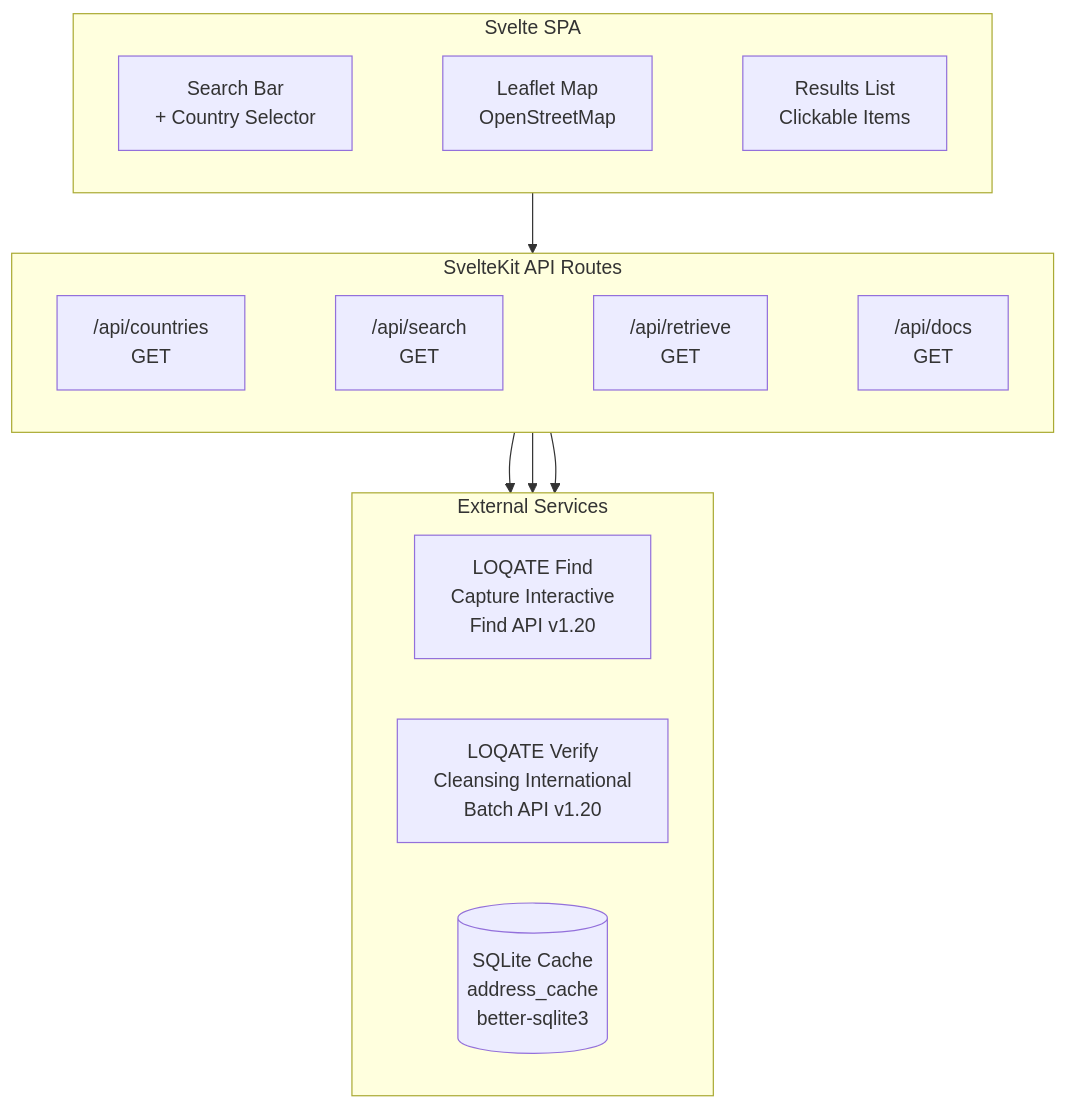
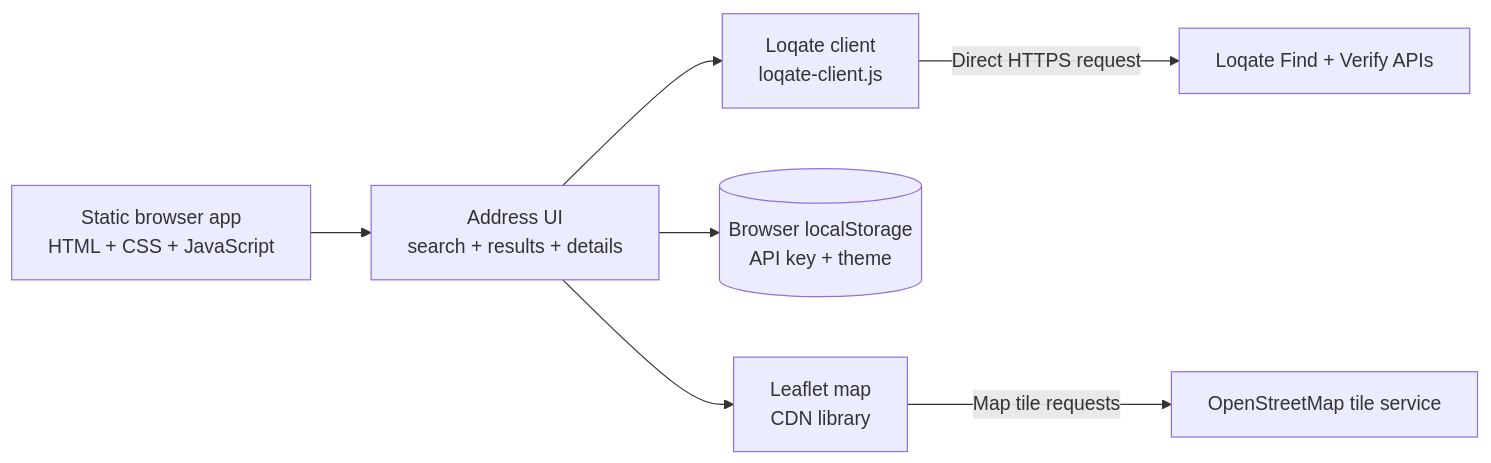
One commit to newportg/poc-address changed the first of 2 diagrams in docs/design.md. Above: the diagram before and after it, drawn with Mermaid. The commit also changed other lines of this file and 10 other files, not shown here.

First line of the commit message:
feat: Enhance address management documentation and client integration

````diff
--- a/docs/design.md
+++ b/docs/design.md
@@ -8,32 +10,17 @@
 ```mermaid
-flowchart TB
-    subgraph Client["Svelte SPA"]
-        direction LR
-        SB["Search Bar<br/>+ Country Selector"]
-        MAP["Leaflet Map<br/>OpenStreetMap"]
-        RL["Results List<br/>Clickable Items"]
-        SB ~~~ MAP ~~~ RL
-    end
+flowchart LR
+    Browser["Static browser app<br/>HTML + CSS + JavaScript"]
+    UI["Address UI<br/>search + results + details"]
+    Client["Loqate client<br/>loqate-client.js"]
+    Storage[("Browser localStorage<br/>API key + theme")]
+    Leaflet["Leaflet map<br/>CDN library"]
+    Loqate["Loqate Find + Verify APIs"]
+    Tiles["OpenStreetMap tile service"]
 
-    subgraph API["SvelteKit API Routes"]
-        direction LR
-        C["/api/countries<br/>GET"]
-        S["/api/search<br/>GET"]
-        R["/api/retrieve<br/>GET"]
-        D["/api/docs<br/>GET"]
-        C ~~~ S ~~~ R ~~~ D
-    end
-
-    subgraph External["External Services"]
-        direction LR
-        FIND["LOQATE Find<br/>Capture Interactive<br/>Find API v1.20"]
-        VERIFY["LOQATE Verify<br/>Cleansing International<br/>Batch API v1.20"]
-        CACHE[("SQLite Cache<br/>address_cache<br/>better-sqlite3")]
-
-    end
-
-    Client --> API
-    API --> FIND
-    API --> VERIFY
-    API --> CACHE
+    Browser --> UI
+    UI --> Client
+    UI --> Storage
+    Client -->|Direct HTTPS request| Loqate
+    UI --> Leaflet
+    Leaflet -->|Map tile requests| Tiles
 ```
````
